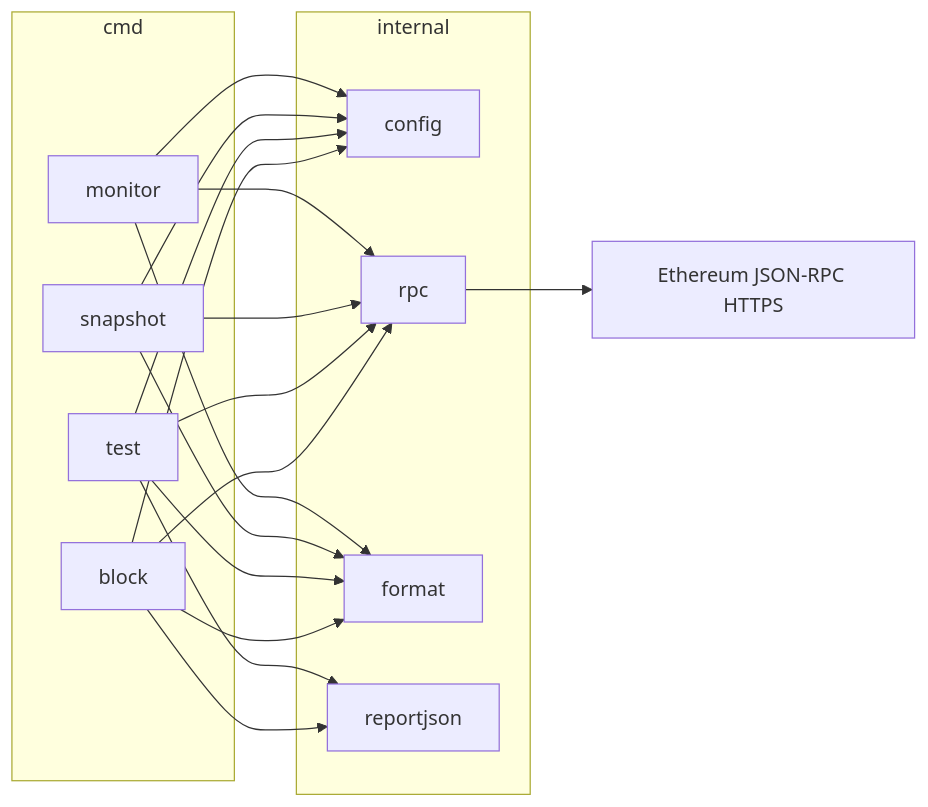
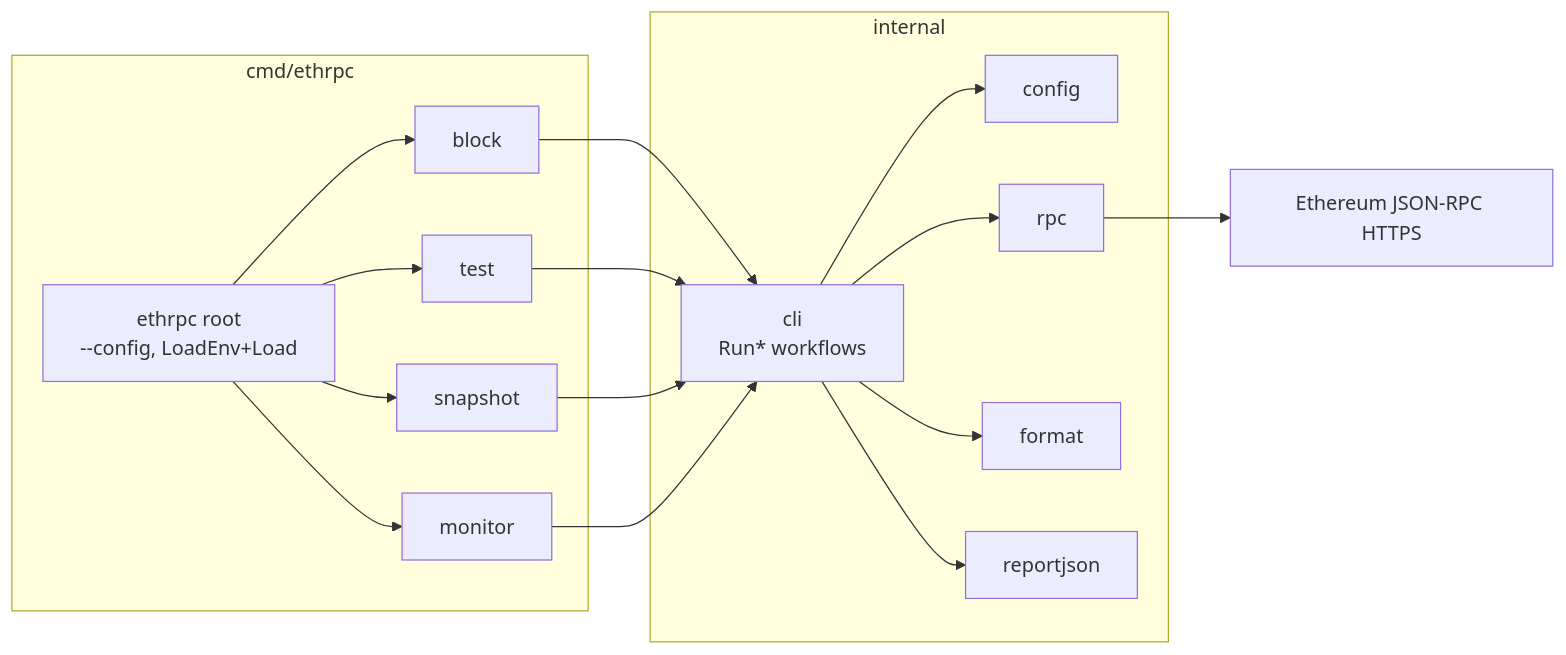
Before and after one commit to DanDo385/eth-rpc-monitor: the diagram in docs/architecture.md, drawn with Mermaid. The commit also changed other lines of this file and 33 other files, not shown here.

First line of the commit message:
refactor: unify four binaries into single ethrpc cobra CLI

````diff
--- a/docs/architecture.md
+++ b/docs/architecture.md
@@ -5,31 +5,31 @@
 ```mermaid
 flowchart LR
-  subgraph cmd [cmd]
+  subgraph cmd [cmd/ethrpc]
+    ROOT[ethrpc root<br/>--config, LoadEnv+Load]
     B[block]
     T[test]
     S[snapshot]
     M[monitor]
   end
   subgraph internal [internal]
+    CLI[cli<br/>Run* workflows]
     CFG[config]
     RPC[rpc]
     FMT[format]
     RJ[reportjson]
   end
   EP[Ethereum JSON-RPC HTTPS]
-  B --> CFG
-  T --> CFG
-  S --> CFG
-  M --> CFG
-  B --> RPC
-  T --> RPC
-  S --> RPC
-  M --> RPC
-  B --> FMT
-  T --> FMT
-  S --> FMT
-  M --> FMT
-  B --> RJ
-  T --> RJ
+  ROOT --> B
+  ROOT --> T
+  ROOT --> S
+  ROOT --> M
+  B --> CLI
+  T --> CLI
+  S --> CLI
+  M --> CLI
+  CLI --> CFG
+  CLI --> RPC
+  CLI --> FMT
+  CLI --> RJ
   RPC --> EP
 ```
````
